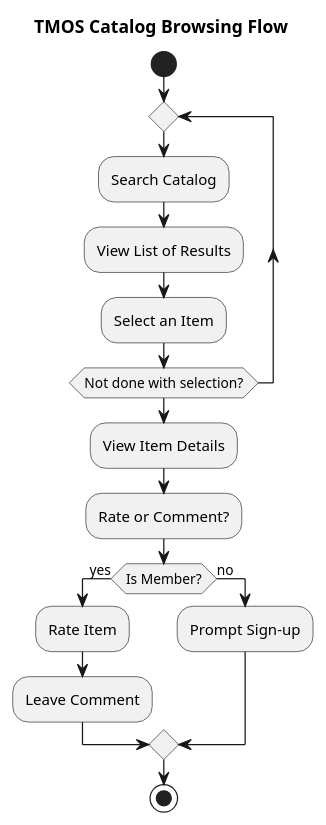
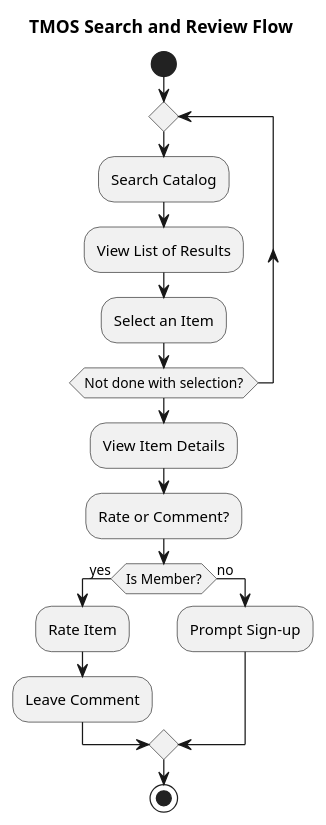
Before and after one commit to pmwong008/PlantUML_boot: the diagram in docs/architecture/tmos_activity_search.puml, drawn with PlantUML.

Commit message:
TMOS search and review activity combined puml.

```diff
--- a/docs/architecture/tmos_activity_search.puml
+++ b/docs/architecture/tmos_activity_search.puml
@@ -1,23 +1,23 @@
 @startuml
-title TMOS Catalog Browsing Flow
+title TMOS Search and Review Flow
 
 start
 
 repeat
   :Search Catalog;
   :View List of Results;
   :Select an Item;
 repeat while (Not done with selection?)
 
 :View Item Details;
 :Rate or Comment?;
 
 if (Is Member?) then (yes)
   :Rate Item;
   :Leave Comment;
 else (no)
   :Prompt Sign-up;
 endif
 
 stop
 @enduml
```
